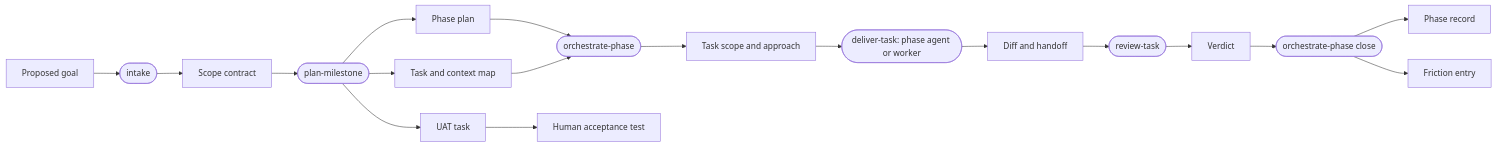
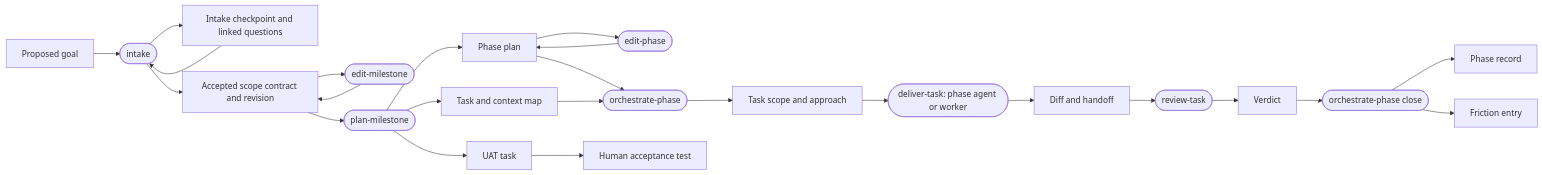
One commit to SwitchOCE/Switchflow changed the first of 3 diagrams in template/backlog/docs/doc-06 - Workflow-diagrams.md. Above: the diagram before and after it, drawn with Mermaid. The commit also changed other lines of this file and 32 other files, not shown here.

Commit message:
Add resumable intake and scope revision workflows

````diff
--- a/template/backlog/docs/doc-06 - Workflow-diagrams.md
+++ b/template/backlog/docs/doc-06 - Workflow-diagrams.md
@@ -20,20 +20,26 @@
 ```mermaid
 flowchart LR
     G[Proposed goal] --> I([intake])
-    I --> SC[Scope contract]
+    I --> IC[Intake checkpoint and linked questions]
+    IC --> I
+    I --> SC[Accepted scope contract and revision]
+    SC --> EM([edit-milestone])
+    EM --> SC
     SC --> P([plan-milestone])
     P --> PL[Phase plan]
+    PL --> EP([edit-phase])
+    EP --> PL
     P --> TM[Task and context map]
     P --> UT[UAT task]
     PL --> O([orchestrate-phase])
     TM --> O
     O --> B[Task scope and approach]
     B --> D([deliver-task: phase agent or worker])
     D --> DF[Diff and handoff]
     DF --> RV([review-task])
     RV --> VD[Verdict]
     VD --> A([orchestrate-phase close])
     A --> PR[Phase record]
     A --> FR[Friction entry]
     UT --> UAT[Human acceptance test]
 ```
````
